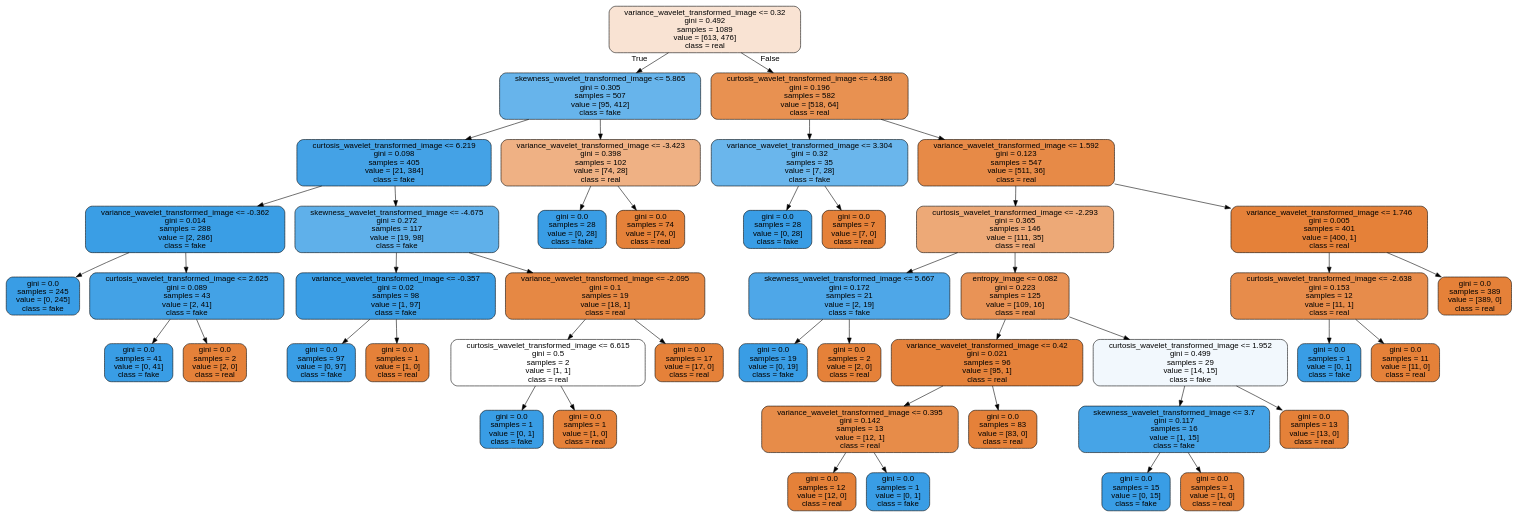
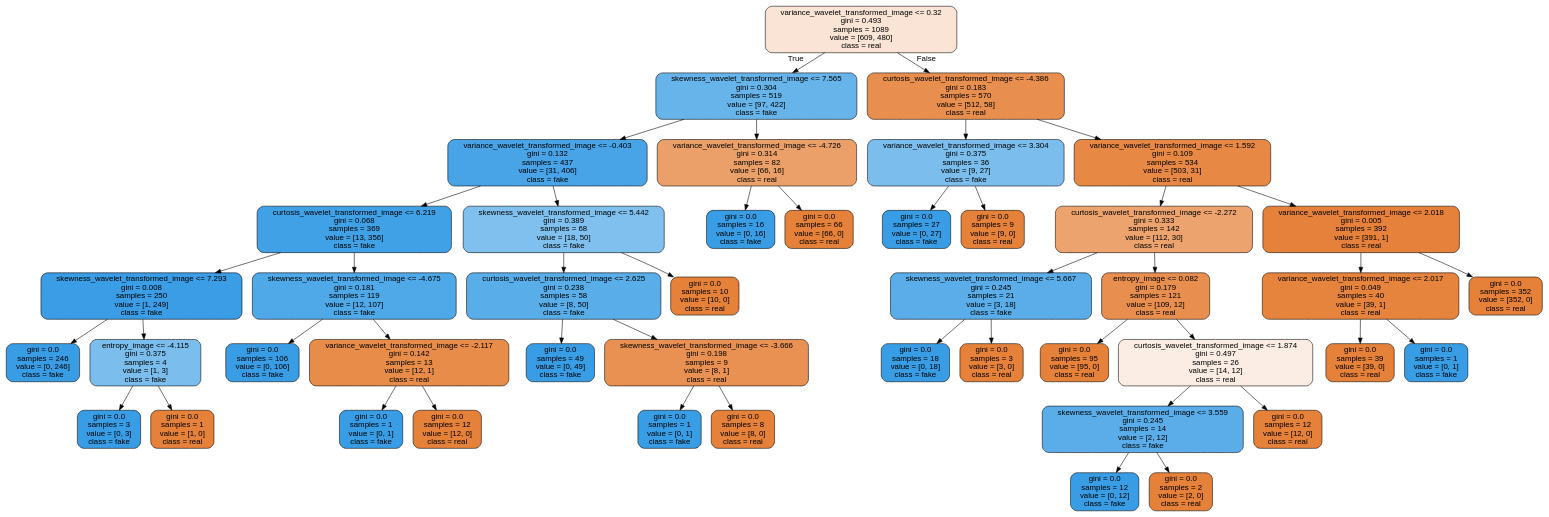
Before and after one commit to Farzaneh-prog/baummethoden: the diagram in baummethoden/reports/figures/tree_bills.dot, drawn with Graphviz. The commit also changed 4 other files, not shown here.

```diff
--- a/baummethoden/reports/figures/tree_bills.dot
+++ b/baummethoden/reports/figures/tree_bills.dot
@@ -1,93 +1,93 @@
 digraph Tree {
 node [shape=box, style="filled, rounded", color="black", fontname=helvetica] ;
 edge [fontname=helvetica] ;
-0 [label="variance_wavelet_transformed_image <= 0.32\ngini = 0.492\nsamples = 1089\nvalue = [613, 476]\nclass = real", fillcolor="#f9e3d3"] ;
-1 [label="skewness_wavelet_transformed_image <= 5.865\ngini = 0.305\nsamples = 507\nvalue = [95, 412]\nclass = fake", fillcolor="#67b4eb"] ;
+0 [label="variance_wavelet_transformed_image <= 0.32\ngini = 0.493\nsamples = 1089\nvalue = [609, 480]\nclass = real", fillcolor="#f9e4d5"] ;
+1 [label="skewness_wavelet_transformed_image <= 7.565\ngini = 0.304\nsamples = 519\nvalue = [97, 422]\nclass = fake", fillcolor="#67b4eb"] ;
 0 -> 1 [labeldistance=2.5, labelangle=45, headlabel="True"] ;
-2 [label="curtosis_wavelet_transformed_image <= 6.219\ngini = 0.098\nsamples = 405\nvalue = [21, 384]\nclass = fake", fillcolor="#44a2e6"] ;
+2 [label="variance_wavelet_transformed_image <= -0.403\ngini = 0.132\nsamples = 437\nvalue = [31, 406]\nclass = fake", fillcolor="#48a4e7"] ;
 1 -> 2 ;
-3 [label="variance_wavelet_transformed_image <= -0.362\ngini = 0.014\nsamples = 288\nvalue = [2, 286]\nclass = fake", fillcolor="#3a9ee5"] ;
+3 [label="curtosis_wavelet_transformed_image <= 6.219\ngini = 0.068\nsamples = 369\nvalue = [13, 356]\nclass = fake", fillcolor="#40a1e6"] ;
 2 -> 3 ;
-4 [label="gini = 0.0\nsamples = 245\nvalue = [0, 245]\nclass = fake", fillcolor="#399de5"] ;
+4 [label="skewness_wavelet_transformed_image <= 7.293\ngini = 0.008\nsamples = 250\nvalue = [1, 249]\nclass = fake", fillcolor="#3a9de5"] ;
 3 -> 4 ;
-5 [label="curtosis_wavelet_transformed_image <= 2.625\ngini = 0.089\nsamples = 43\nvalue = [2, 41]\nclass = fake", fillcolor="#43a2e6"] ;
-3 -> 5 ;
-6 [label="gini = 0.0\nsamples = 41\nvalue = [0, 41]\nclass = fake", fillcolor="#399de5"] ;
-5 -> 6 ;
-7 [label="gini = 0.0\nsamples = 2\nvalue = [2, 0]\nclass = real", fillcolor="#e58139"] ;
-5 -> 7 ;
-8 [label="skewness_wavelet_transformed_image <= -4.675\ngini = 0.272\nsamples = 117\nvalue = [19, 98]\nclass = fake", fillcolor="#5fb0ea"] ;
-2 -> 8 ;
-9 [label="variance_wavelet_transformed_image <= -0.357\ngini = 0.02\nsamples = 98\nvalue = [1, 97]\nclass = fake", fillcolor="#3b9ee5"] ;
-8 -> 9 ;
-10 [label="gini = 0.0\nsamples = 97\nvalue = [0, 97]\nclass = fake", fillcolor="#399de5"] ;
+5 [label="gini = 0.0\nsamples = 246\nvalue = [0, 246]\nclass = fake", fillcolor="#399de5"] ;
+4 -> 5 ;
+6 [label="entropy_image <= -4.115\ngini = 0.375\nsamples = 4\nvalue = [1, 3]\nclass = fake", fillcolor="#7bbeee"] ;
+4 -> 6 ;
+7 [label="gini = 0.0\nsamples = 3\nvalue = [0, 3]\nclass = fake", fillcolor="#399de5"] ;
+6 -> 7 ;
+8 [label="gini = 0.0\nsamples = 1\nvalue = [1, 0]\nclass = real", fillcolor="#e58139"] ;
+6 -> 8 ;
+9 [label="skewness_wavelet_transformed_image <= -4.675\ngini = 0.181\nsamples = 119\nvalue = [12, 107]\nclass = fake", fillcolor="#4fa8e8"] ;
+3 -> 9 ;
+10 [label="gini = 0.0\nsamples = 106\nvalue = [0, 106]\nclass = fake", fillcolor="#399de5"] ;
 9 -> 10 ;
-11 [label="gini = 0.0\nsamples = 1\nvalue = [1, 0]\nclass = real", fillcolor="#e58139"] ;
+11 [label="variance_wavelet_transformed_image <= -2.117\ngini = 0.142\nsamples = 13\nvalue = [12, 1]\nclass = real", fillcolor="#e78c49"] ;
 9 -> 11 ;
-12 [label="variance_wavelet_transformed_image <= -2.095\ngini = 0.1\nsamples = 19\nvalue = [18, 1]\nclass = real", fillcolor="#e68844"] ;
-8 -> 12 ;
-13 [label="curtosis_wavelet_transformed_image <= 6.615\ngini = 0.5\nsamples = 2\nvalue = [1, 1]\nclass = real", fillcolor="#ffffff"] ;
-12 -> 13 ;
-14 [label="gini = 0.0\nsamples = 1\nvalue = [0, 1]\nclass = fake", fillcolor="#399de5"] ;
-13 -> 14 ;
-15 [label="gini = 0.0\nsamples = 1\nvalue = [1, 0]\nclass = real", fillcolor="#e58139"] ;
-13 -> 15 ;
-16 [label="gini = 0.0\nsamples = 17\nvalue = [17, 0]\nclass = real", fillcolor="#e58139"] ;
-12 -> 16 ;
-17 [label="variance_wavelet_transformed_image <= -3.423\ngini = 0.398\nsamples = 102\nvalue = [74, 28]\nclass = real", fillcolor="#efb184"] ;
-1 -> 17 ;
-18 [label="gini = 0.0\nsamples = 28\nvalue = [0, 28]\nclass = fake", fillcolor="#399de5"] ;
+12 [label="gini = 0.0\nsamples = 1\nvalue = [0, 1]\nclass = fake", fillcolor="#399de5"] ;
+11 -> 12 ;
+13 [label="gini = 0.0\nsamples = 12\nvalue = [12, 0]\nclass = real", fillcolor="#e58139"] ;
+11 -> 13 ;
+14 [label="skewness_wavelet_transformed_image <= 5.442\ngini = 0.389\nsamples = 68\nvalue = [18, 50]\nclass = fake", fillcolor="#80c0ee"] ;
+2 -> 14 ;
+15 [label="curtosis_wavelet_transformed_image <= 2.625\ngini = 0.238\nsamples = 58\nvalue = [8, 50]\nclass = fake", fillcolor="#59ade9"] ;
+14 -> 15 ;
+16 [label="gini = 0.0\nsamples = 49\nvalue = [0, 49]\nclass = fake", fillcolor="#399de5"] ;
+15 -> 16 ;
+17 [label="skewness_wavelet_transformed_image <= -3.666\ngini = 0.198\nsamples = 9\nvalue = [8, 1]\nclass = real", fillcolor="#e89152"] ;
+15 -> 17 ;
+18 [label="gini = 0.0\nsamples = 1\nvalue = [0, 1]\nclass = fake", fillcolor="#399de5"] ;
 17 -> 18 ;
-19 [label="gini = 0.0\nsamples = 74\nvalue = [74, 0]\nclass = real", fillcolor="#e58139"] ;
+19 [label="gini = 0.0\nsamples = 8\nvalue = [8, 0]\nclass = real", fillcolor="#e58139"] ;
 17 -> 19 ;
-20 [label="curtosis_wavelet_transformed_image <= -4.386\ngini = 0.196\nsamples = 582\nvalue = [518, 64]\nclass = real", fillcolor="#e89151"] ;
-0 -> 20 [labeldistance=2.5, labelangle=-45, headlabel="False"] ;
-21 [label="variance_wavelet_transformed_image <= 3.304\ngini = 0.32\nsamples = 35\nvalue = [7, 28]\nclass = fake", fillcolor="#6ab6ec"] ;
-20 -> 21 ;
-22 [label="gini = 0.0\nsamples = 28\nvalue = [0, 28]\nclass = fake", fillcolor="#399de5"] ;
+20 [label="gini = 0.0\nsamples = 10\nvalue = [10, 0]\nclass = real", fillcolor="#e58139"] ;
+14 -> 20 ;
+21 [label="variance_wavelet_transformed_image <= -4.726\ngini = 0.314\nsamples = 82\nvalue = [66, 16]\nclass = real", fillcolor="#eba069"] ;
+1 -> 21 ;
+22 [label="gini = 0.0\nsamples = 16\nvalue = [0, 16]\nclass = fake", fillcolor="#399de5"] ;
 21 -> 22 ;
-23 [label="gini = 0.0\nsamples = 7\nvalue = [7, 0]\nclass = real", fillcolor="#e58139"] ;
+23 [label="gini = 0.0\nsamples = 66\nvalue = [66, 0]\nclass = real", fillcolor="#e58139"] ;
 21 -> 23 ;
-24 [label="variance_wavelet_transformed_image <= 1.592\ngini = 0.123\nsamples = 547\nvalue = [511, 36]\nclass = real", fillcolor="#e78a47"] ;
-20 -> 24 ;
-25 [label="curtosis_wavelet_transformed_image <= -2.293\ngini = 0.365\nsamples = 146\nvalue = [111, 35]\nclass = real", fillcolor="#eda977"] ;
+24 [label="curtosis_wavelet_transformed_image <= -4.386\ngini = 0.183\nsamples = 570\nvalue = [512, 58]\nclass = real", fillcolor="#e88f4f"] ;
+0 -> 24 [labeldistance=2.5, labelangle=-45, headlabel="False"] ;
+25 [label="variance_wavelet_transformed_image <= 3.304\ngini = 0.375\nsamples = 36\nvalue = [9, 27]\nclass = fake", fillcolor="#7bbeee"] ;
 24 -> 25 ;
-26 [label="skewness_wavelet_transformed_image <= 5.667\ngini = 0.172\nsamples = 21\nvalue = [2, 19]\nclass = fake", fillcolor="#4ea7e8"] ;
+26 [label="gini = 0.0\nsamples = 27\nvalue = [0, 27]\nclass = fake", fillcolor="#399de5"] ;
 25 -> 26 ;
-27 [label="gini = 0.0\nsamples = 19\nvalue = [0, 19]\nclass = fake", fillcolor="#399de5"] ;
-26 -> 27 ;
-28 [label="gini = 0.0\nsamples = 2\nvalue = [2, 0]\nclass = real", fillcolor="#e58139"] ;
-26 -> 28 ;
-29 [label="entropy_image <= 0.082\ngini = 0.223\nsamples = 125\nvalue = [109, 16]\nclass = real", fillcolor="#e99356"] ;
-25 -> 29 ;
-30 [label="variance_wavelet_transformed_image <= 0.42\ngini = 0.021\nsamples = 96\nvalue = [95, 1]\nclass = real", fillcolor="#e5823b"] ;
+27 [label="gini = 0.0\nsamples = 9\nvalue = [9, 0]\nclass = real", fillcolor="#e58139"] ;
+25 -> 27 ;
+28 [label="variance_wavelet_transformed_image <= 1.592\ngini = 0.109\nsamples = 534\nvalue = [503, 31]\nclass = real", fillcolor="#e78945"] ;
+24 -> 28 ;
+29 [label="curtosis_wavelet_transformed_image <= -2.272\ngini = 0.333\nsamples = 142\nvalue = [112, 30]\nclass = real", fillcolor="#eca36e"] ;
+28 -> 29 ;
+30 [label="skewness_wavelet_transformed_image <= 5.667\ngini = 0.245\nsamples = 21\nvalue = [3, 18]\nclass = fake", fillcolor="#5aade9"] ;
 29 -> 30 ;
-31 [label="variance_wavelet_transformed_image <= 0.395\ngini = 0.142\nsamples = 13\nvalue = [12, 1]\nclass = real", fillcolor="#e78c49"] ;
+31 [label="gini = 0.0\nsamples = 18\nvalue = [0, 18]\nclass = fake", fillcolor="#399de5"] ;
 30 -> 31 ;
-32 [label="gini = 0.0\nsamples = 12\nvalue = [12, 0]\nclass = real", fillcolor="#e58139"] ;
-31 -> 32 ;
-33 [label="gini = 0.0\nsamples = 1\nvalue = [0, 1]\nclass = fake", fillcolor="#399de5"] ;
-31 -> 33 ;
-34 [label="gini = 0.0\nsamples = 83\nvalue = [83, 0]\nclass = real", fillcolor="#e58139"] ;
-30 -> 34 ;
-35 [label="curtosis_wavelet_transformed_image <= 1.952\ngini = 0.499\nsamples = 29\nvalue = [14, 15]\nclass = fake", fillcolor="#f2f8fd"] ;
-29 -> 35 ;
-36 [label="skewness_wavelet_transformed_image <= 3.7\ngini = 0.117\nsamples = 16\nvalue = [1, 15]\nclass = fake", fillcolor="#46a4e7"] ;
+32 [label="gini = 0.0\nsamples = 3\nvalue = [3, 0]\nclass = real", fillcolor="#e58139"] ;
+30 -> 32 ;
+33 [label="entropy_image <= 0.082\ngini = 0.179\nsamples = 121\nvalue = [109, 12]\nclass = real", fillcolor="#e88f4f"] ;
+29 -> 33 ;
+34 [label="gini = 0.0\nsamples = 95\nvalue = [95, 0]\nclass = real", fillcolor="#e58139"] ;
+33 -> 34 ;
+35 [label="curtosis_wavelet_transformed_image <= 1.874\ngini = 0.497\nsamples = 26\nvalue = [14, 12]\nclass = real", fillcolor="#fbede3"] ;
+33 -> 35 ;
+36 [label="skewness_wavelet_transformed_image <= 3.559\ngini = 0.245\nsamples = 14\nvalue = [2, 12]\nclass = fake", fillcolor="#5aade9"] ;
 35 -> 36 ;
-37 [label="gini = 0.0\nsamples = 15\nvalue = [0, 15]\nclass = fake", fillcolor="#399de5"] ;
+37 [label="gini = 0.0\nsamples = 12\nvalue = [0, 12]\nclass = fake", fillcolor="#399de5"] ;
 36 -> 37 ;
-38 [label="gini = 0.0\nsamples = 1\nvalue = [1, 0]\nclass = real", fillcolor="#e58139"] ;
+38 [label="gini = 0.0\nsamples = 2\nvalue = [2, 0]\nclass = real", fillcolor="#e58139"] ;
 36 -> 38 ;
-39 [label="gini = 0.0\nsamples = 13\nvalue = [13, 0]\nclass = real", fillcolor="#e58139"] ;
+39 [label="gini = 0.0\nsamples = 12\nvalue = [12, 0]\nclass = real", fillcolor="#e58139"] ;
 35 -> 39 ;
-40 [label="variance_wavelet_transformed_image <= 1.746\ngini = 0.005\nsamples = 401\nvalue = [400, 1]\nclass = real", fillcolor="#e58139"] ;
-24 -> 40 ;
-41 [label="curtosis_wavelet_transformed_image <= -2.638\ngini = 0.153\nsamples = 12\nvalue = [11, 1]\nclass = real", fillcolor="#e78c4b"] ;
+40 [label="variance_wavelet_transformed_image <= 2.018\ngini = 0.005\nsamples = 392\nvalue = [391, 1]\nclass = real", fillcolor="#e5813a"] ;
+28 -> 40 ;
+41 [label="variance_wavelet_transformed_image <= 2.017\ngini = 0.049\nsamples = 40\nvalue = [39, 1]\nclass = real", fillcolor="#e6843e"] ;
 40 -> 41 ;
-42 [label="gini = 0.0\nsamples = 1\nvalue = [0, 1]\nclass = fake", fillcolor="#399de5"] ;
+42 [label="gini = 0.0\nsamples = 39\nvalue = [39, 0]\nclass = real", fillcolor="#e58139"] ;
 41 -> 42 ;
-43 [label="gini = 0.0\nsamples = 11\nvalue = [11, 0]\nclass = real", fillcolor="#e58139"] ;
+43 [label="gini = 0.0\nsamples = 1\nvalue = [0, 1]\nclass = fake", fillcolor="#399de5"] ;
 41 -> 43 ;
-44 [label="gini = 0.0\nsamples = 389\nvalue = [389, 0]\nclass = real", fillcolor="#e58139"] ;
+44 [label="gini = 0.0\nsamples = 352\nvalue = [352, 0]\nclass = real", fillcolor="#e58139"] ;
 40 -> 44 ;
 }
```
